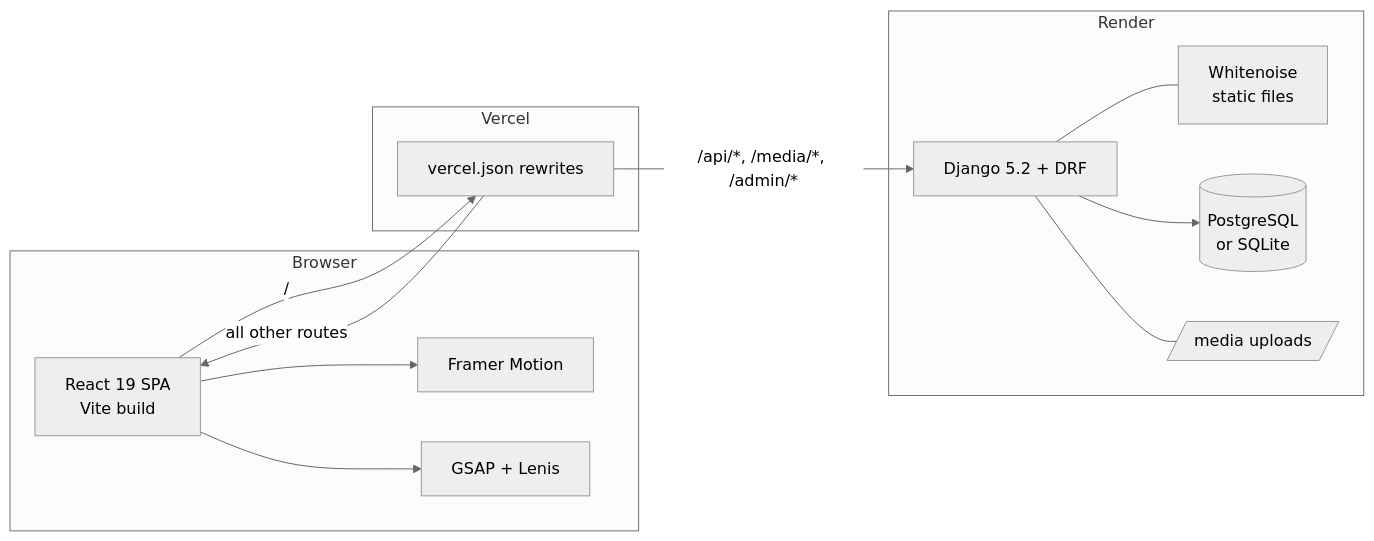
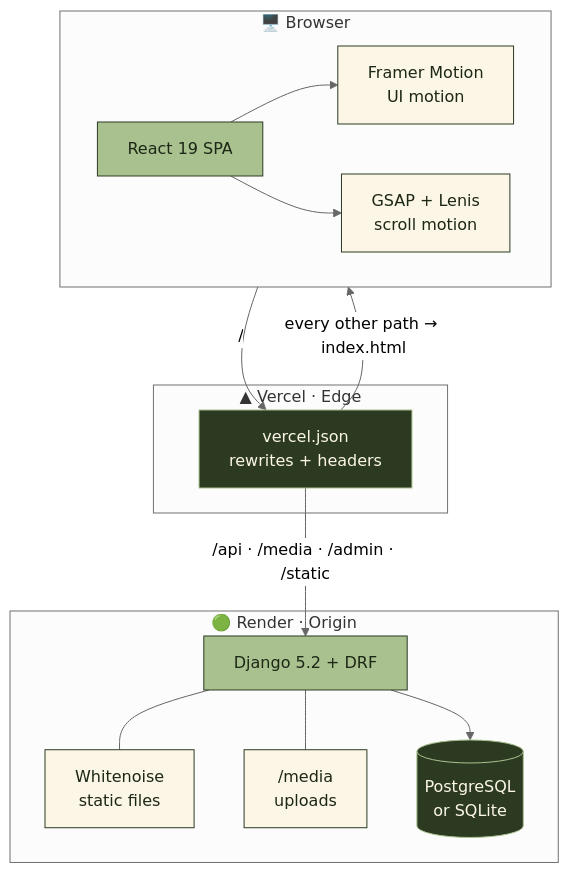
The second of 9 diagrams in README.md (Ruchitra-Jasmatiya/animation-clash), drawn with Mermaid (neutral theme) before and after one commit. The commit also changed other lines of this file, not shown here.

````diff
--- a/README.md
+++ b/README.md
@@ -108,26 +151,31 @@
 ```mermaid
-flowchart LR
-    subgraph Browser
-        UI[React 19 SPA<br/>Vite build]
-        UI --> FM[Framer Motion]
-        UI --> GS[GSAP + Lenis]
+flowchart TB
+    subgraph CLIENT["🖥️ Browser"]
+        direction LR
+        UI["React 19 SPA"]:::pista
+        UI --> FM["Framer Motion<br/>UI motion"]:::cream
+        UI --> GS["GSAP + Lenis<br/>scroll motion"]:::cream
     end
 
-    subgraph Vercel
-        RW[vercel.json rewrites]
+    subgraph EDGE["▲ Vercel · Edge"]
+        RW["vercel.json<br/>rewrites + headers"]:::forest
     end
 
-    subgraph Render
-        DJ[Django 5.2 + DRF]
-        WN[Whitenoise<br/>static files]
-        DB[(PostgreSQL<br/>or SQLite)]
-        MD[/media uploads/]
+    subgraph ORIGIN["🟢 Render · Origin"]
+        DJ["Django 5.2 + DRF"]:::pista
+        WN["Whitenoise<br/>static files"]:::cream
+        MD["/media<br/>uploads"]:::cream
+        DB[("PostgreSQL<br/>or SQLite")]:::forest
         DJ --- WN
+        DJ --- MD
         DJ --> DB
-        DJ --- MD
     end
 
-    UI -- "/" --> RW
-    RW -- "/api/*, /media/*, /admin/*" --> DJ
-    RW -- "all other routes" --> UI
+    UI -->|"/"| RW
+    RW -->|"/api · /media · /admin · /static"| DJ
+    RW -->|"every other path → index.html"| UI
+
+    classDef pista fill:#A9C18F,stroke:#2C3A22,color:#1D2716
+    classDef cream fill:#FBF6E6,stroke:#2C3A22,color:#1D2716
+    classDef forest fill:#2C3A22,stroke:#A9C18F,color:#FBF6E6
 ```
````
